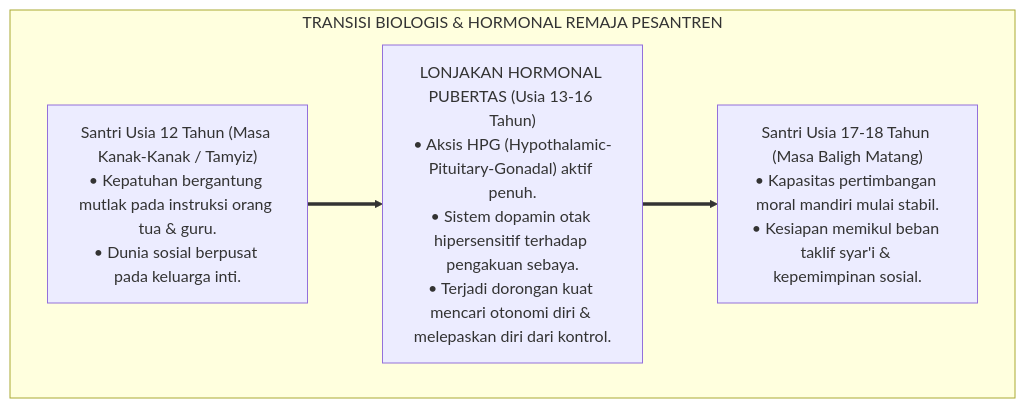
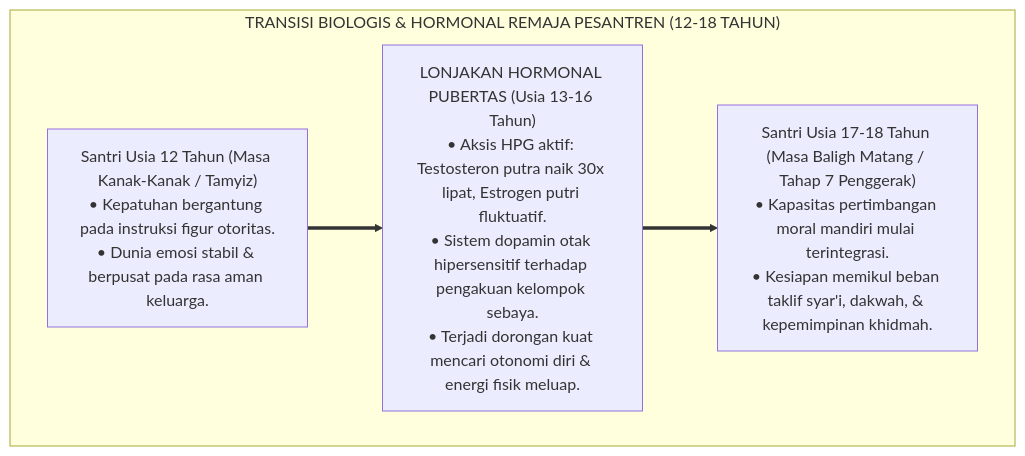
Before and after one commit to wandiapriliyandi/tumbuh: the first of 3 diagrams in BOOK-SERIES/Volume-02/Bab-03-Trajektori-Biososial-Spiritual-Remaja-Pesantren/01-Transisi-Pubertas-dan-Dinamika-Hormonal-Asrama.md, drawn with Mermaid. The commit also changed other lines of this file and 18 other files, not shown here.

````diff
--- a/BOOK-SERIES/Volume-02/Bab-03-Trajektori-Biososial-Spiritual-Remaja-Pesantren/01-Transisi-Pubertas-dan-Dinamika-Hormonal-Asrama.md
+++ b/BOOK-SERIES/Volume-02/Bab-03-Trajektori-Biososial-Spiritual-Remaja-Pesantren/01-Transisi-Pubertas-dan-Dinamika-Hormonal-Asrama.md
@@ -18,12 +18,12 @@
 ```mermaid
 graph TD
-    subgraph DinamikaPubertas["TRANSISI BIOLOGIS & HORMONAL REMAJA PESANTREN"]
-        Awal["Santri Usia 12 Tahun (Masa Kanak-Kanak / Tamyiz)<br/>• Kepatuhan bergantung mutlak pada instruksi orang tua & guru.<br/>• Dunia sosial berpusat pada keluarga inti."]
+    subgraph DinamikaPubertas["TRANSISI BIOLOGIS & HORMONAL REMAJA PESANTREN (12-18 TAHUN)"]
+        Awal["Santri Usia 12 Tahun (Masa Kanak-Kanak / Tamyiz)<br/>• Kepatuhan bergantung pada instruksi figur otoritas.<br/>• Dunia emosi stabil & berpusat pada rasa aman keluarga."]
         
-        Ledakan["LONJAKAN HORMONAL PUBERTAS (Usia 13-16 Tahun)<br/>• Aksis HPG (Hypothalamic-Pituitary-Gonadal) aktif penuh.<br/>• Sistem dopamin otak hipersensitif terhadap pengakuan sebaya.<br/>• Terjadi dorongan kuat mencari otonomi diri & melepaskan diri dari kontrol."]
+        Ledakan["LONJAKAN HORMONAL PUBERTAS (Usia 13-16 Tahun)<br/>• Aksis HPG aktif: Testosteron putra naik 30x lipat, Estrogen putri fluktuatif.<br/>• Sistem dopamin otak hipersensitif terhadap pengakuan kelompok sebaya.<br/>• Terjadi dorongan kuat mencari otonomi diri & energi fisik meluap."]
         
-        Matang["Santri Usia 17-18 Tahun (Masa Baligh Matang)<br/>• Kapasitas pertimbangan moral mandiri mulai stabil.<br/>• Kesiapan memikul beban taklif syar'i & kepemimpinan sosial."]
+        Matang["Santri Usia 17-18 Tahun (Masa Baligh Matang / Tahap 7 Penggerak)<br/>• Kapasitas pertimbangan moral mandiri mulai terintegrasi.<br/>• Kesiapan memikul beban taklif syar'i, dakwah, & kepemimpinan khidmah."]
         
         Awal ==> Ledakan ==> Matang
     end
 ```
````
